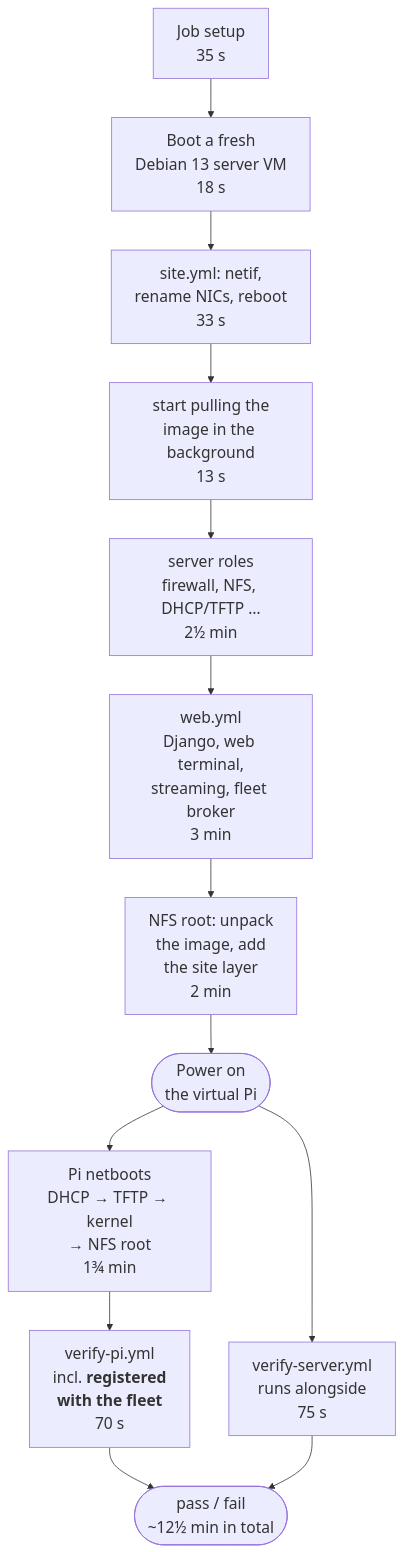
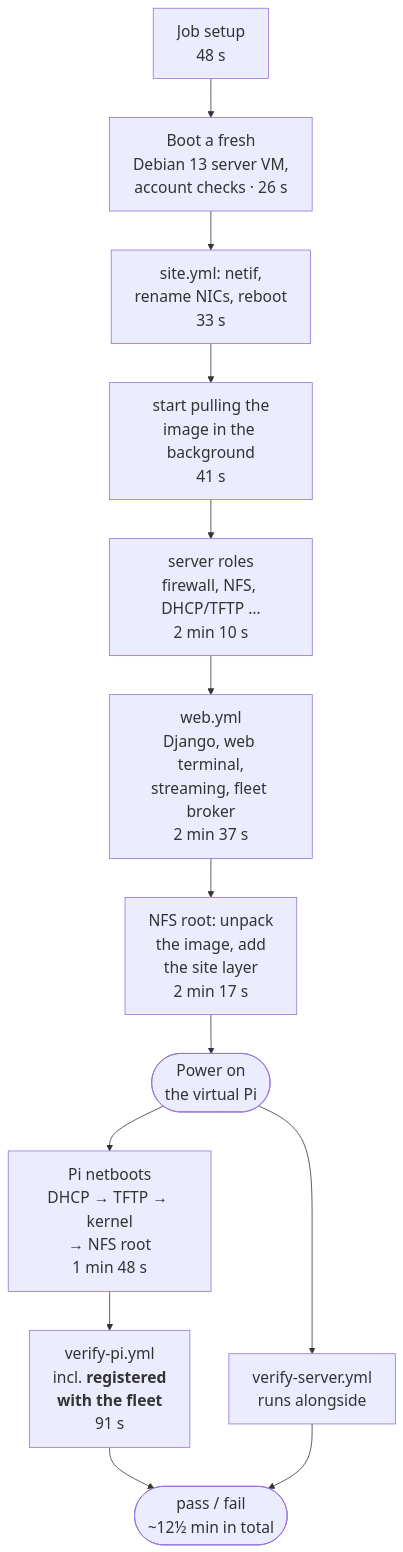
Before and after one commit to fpgas-online/fpgas.online-infra: the third of 3 diagrams in docs/ci.md, drawn with Mermaid. The commit also changed other lines of this file, not shown here.

````diff
--- a/docs/ci.md
+++ b/docs/ci.md
@@ -133,19 +146,19 @@
 ```mermaid
 %%{init: {"themeVariables": {"fontSize": "20px"}}}%%
 flowchart TB
-    setup["Job setup<br/>35 s"]
-    srv["Boot a fresh<br/>Debian 13 server VM<br/>18 s"]
+    setup["Job setup<br/>48 s"]
+    srv["Boot a fresh<br/>Debian 13 server VM,<br/>account checks · 26 s"]
     s1["site.yml: netif,<br/>rename NICs, reboot<br/>33 s"]
-    s2["start pulling the<br/>image in the background<br/>13 s"]
-    s3["server roles<br/>firewall, NFS, DHCP/TFTP …<br/>2½ min"]
-    s4["web.yml<br/>Django, web terminal,<br/>streaming, fleet broker<br/>3 min"]
-    s5["NFS root: unpack<br/>the image, add<br/>the site layer<br/>2 min"]
+    s2["start pulling the<br/>image in the background<br/>41 s"]
+    s3["server roles<br/>firewall, NFS, DHCP/TFTP …<br/>2 min 10 s"]
+    s4["web.yml<br/>Django, web terminal,<br/>streaming, fleet broker<br/>2 min 37 s"]
+    s5["NFS root: unpack<br/>the image, add<br/>the site layer<br/>2 min 17 s"]
     pion(["Power on<br/>the virtual Pi"])
-    boot["Pi netboots<br/>DHCP → TFTP → kernel<br/>→ NFS root<br/>1¾ min"]
-    vp["verify-pi.yml<br/>incl. <b>registered<br/>with the fleet</b><br/>70 s"]
-    vs["verify-server.yml<br/>runs alongside<br/>75 s"]
+    boot["Pi netboots<br/>DHCP → TFTP → kernel<br/>→ NFS root<br/>1 min 48 s"]
+    vp["verify-pi.yml<br/>incl. <b>registered<br/>with the fleet</b><br/>91 s"]
+    vs["verify-server.yml<br/>runs alongside"]
     result(["pass / fail<br/>~12½ min in total"])
     setup --> srv --> s1 --> s2 --> s3 --> s4 --> s5 --> pion
     pion --> boot --> vp --> result
     pion --> vs --> result
 ```
````
